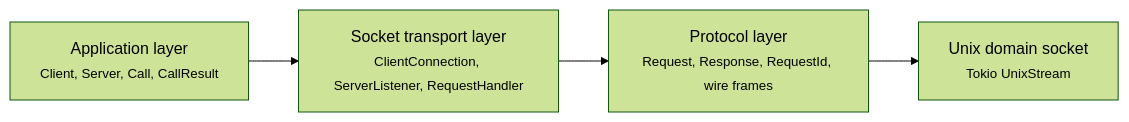
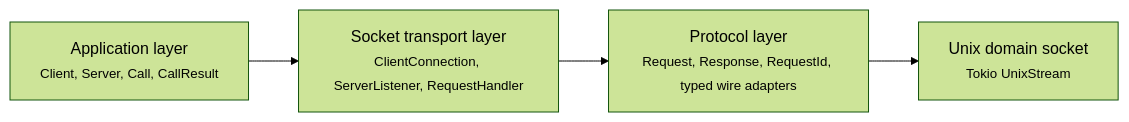
Before and after one commit to rust10x/rust10x: the second of 7 diagrams in handbook/guide/domain/ipc/ipc-socket-design.md, drawn with Mermaid (forest theme). The commit also changed other lines of this file and 4 other files, not shown here.

````diff
--- a/handbook/guide/domain/ipc/ipc-socket-design.md
+++ b/handbook/guide/domain/ipc/ipc-socket-design.md
@@ -34,11 +36,11 @@
 ```mermaid
 flowchart LR
     App["Application layer<br /><small>Client, Server, Call, CallResult</small>"]
     Transport["Socket transport layer<br /><small>ClientConnection, ServerListener, RequestHandler</small>"]
-    Protocol["Protocol layer<br /><small>Request, Response, RequestId, wire frames</small>"]
+    Protocol["Protocol layer<br /><small>Request, Response, RequestId, typed wire adapters</small>"]
     Unix["Unix domain socket<br /><small>Tokio UnixStream</small>"]
 
     App --> Transport
     Transport --> Protocol
     Protocol --> Unix
 ```
````
